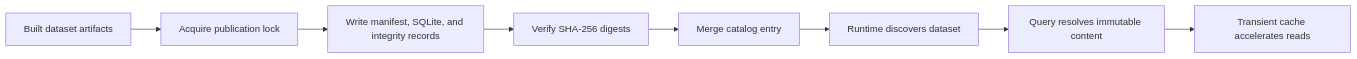
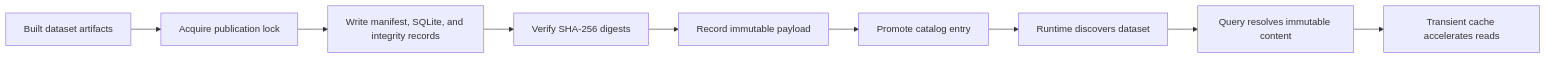
Before and after one commit to bijux/bijux-atlas: the diagram in docs/bijux-atlas/runtime/serving-store-model.md, drawn with Mermaid. The commit also changed other lines of this file and 2 other files, not shown here.

Commit message:
docs(storage): distinguish publication from catalog authority

````diff
--- a/docs/bijux-atlas/runtime/serving-store-model.md
+++ b/docs/bijux-atlas/runtime/serving-store-model.md
@@ -20,10 +20,11 @@
 ```mermaid
 flowchart LR
     B["Built dataset artifacts"] --> L["Acquire publication lock"]
     L --> W["Write manifest, SQLite, and integrity records"]
     W --> V["Verify SHA-256 digests"]
-    V --> C["Merge catalog entry"]
+    V --> M["Record immutable payload"]
+    M --> C["Promote catalog entry"]
     C --> D["Runtime discovers dataset"]
     D --> Q["Query resolves immutable content"]
     Q --> H["Transient cache accelerates reads"]
 ```
````
